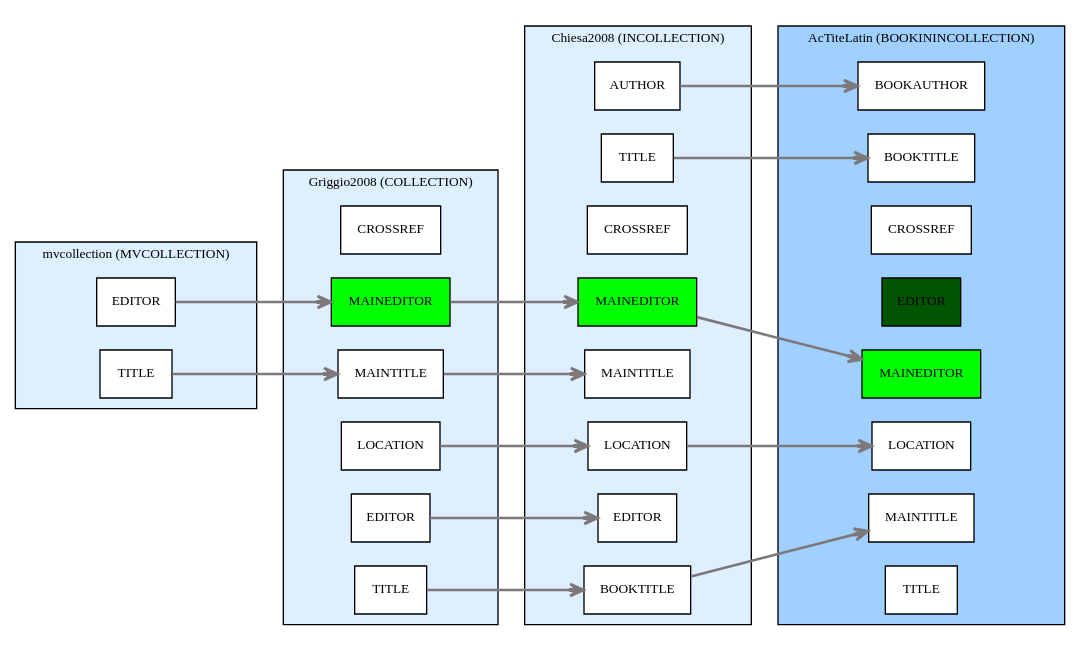
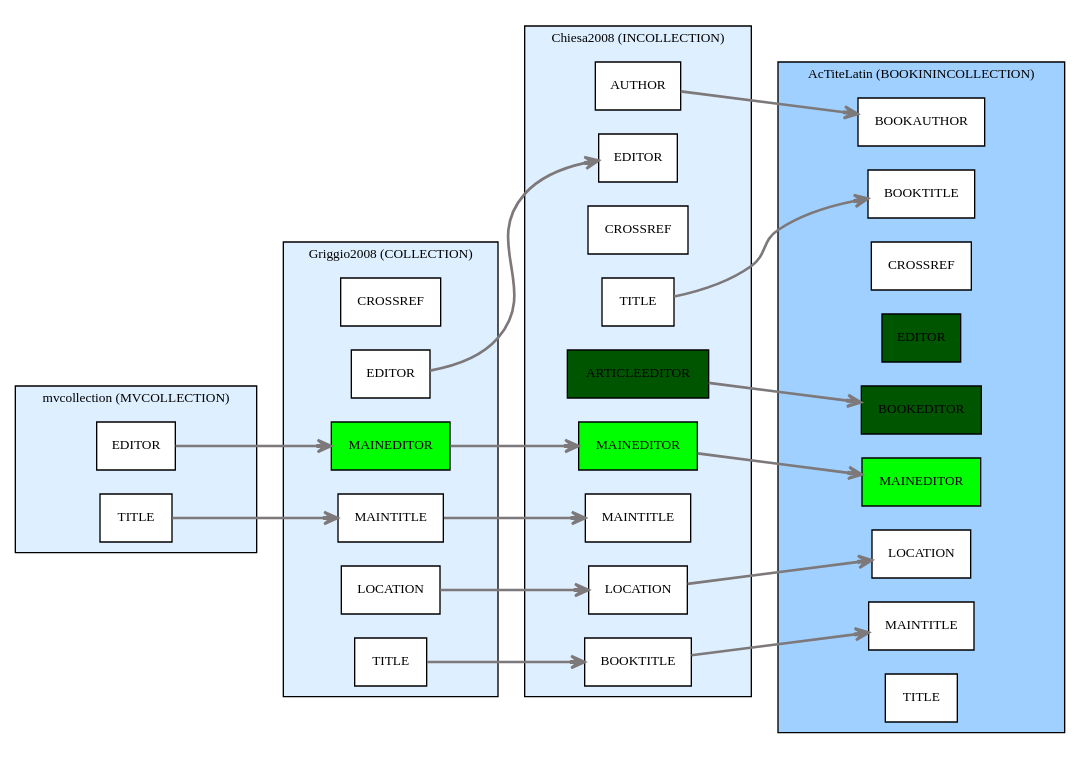
The diagram in collection.dot (maieul/biblatex-bookinarticle), drawn with Graphviz before and after one commit.

Commit message:
le champ articleditor pour l'editeur d'un article

```diff
--- a/collection.dot
+++ b/collection.dot
@@ -1,82 +1,85 @@
 digraph Biberdata {
   compound = true;
   edge [ arrowhead=open ];
   graph [ style=filled, rankdir=LR ];
   node [
     fontsize=10,
     fillcolor=white,
     style=filled,
     shape=box ];
 
   subgraph "cluster_section0/AcTiteLatin" {
     fontsize="10";
     label="AcTiteLatin (BOOKININCOLLECTION)";
     tooltip="AcTiteLatin (BOOKININCOLLECTION)";
     fillcolor="#a0d0ff";
 
     "section0/AcTiteLatin/bookauthor" [ label="BOOKAUTHOR" ]
     "section0/AcTiteLatin/booktitle" [ label="BOOKTITLE" ]
     "section0/AcTiteLatin/crossref" [ label="CROSSREF" ]
     "section0/AcTiteLatin/editor" [fillcolor="#005500", label="EDITOR" ]
+    "section0/AcTiteLatin/bookeditor" [fillcolor="#005500", label="BOOKEDITOR" ]
     "section0/AcTiteLatin/maineditor" [fillcolor="#00ff00", label="MAINEDITOR" ]
     "section0/AcTiteLatin/location" [ label="LOCATION" ]
     "section0/AcTiteLatin/maintitle" [ label="MAINTITLE" ]
     "section0/AcTiteLatin/title" [ label="TITLE" ]
   }
 
   subgraph "cluster_section0/mvcollection" {
     fontsize="10";
     label="mvcollection (MVCOLLECTION)";
     tooltip="mvcollection (MVCOLLECTION)";
     fillcolor="#deefff";
 
     "section0/mvcollection/editor" [ label="EDITOR" ]
     "section0/mvcollection/title" [ label="TITLE" ]
   }
 
   subgraph "cluster_section0/Chiesa2008" {
     fontsize="10";
     label="Chiesa2008 (INCOLLECTION)";
     tooltip="Chiesa2008 (INCOLLECTION)";
     fillcolor="#deefff";
 
     "section0/Chiesa2008/author" [ label="AUTHOR" ]
     "section0/Chiesa2008/booktitle" [ label="BOOKTITLE" ]
     "section0/Chiesa2008/crossref" [ label="CROSSREF" ]
     "section0/Chiesa2008/editor" [ label="EDITOR" ]
+    "section0/Chiesa2008/articleeditor" [fillcolor="#005500", label="ARTICLEEDITOR" ]
     "section0/Chiesa2008/maineditor" [fillcolor="#00ff00", label="MAINEDITOR" ]
     "section0/Chiesa2008/location" [ label="LOCATION" ]
     "section0/Chiesa2008/maintitle" [ label="MAINTITLE" ]
     "section0/Chiesa2008/title" [ label="TITLE" ]
   }
 
   subgraph "cluster_section0/Griggio2008" {
     fontsize="10";
     label="Griggio2008 (COLLECTION)";
     tooltip="Griggio2008 (COLLECTION)";
     fillcolor="#deefff";
 
     "section0/Griggio2008/crossref" [ label="CROSSREF" ]
     "section0/Griggio2008/editor" [ label="EDITOR" ]
     "section0/Griggio2008/maineditor" [fillcolor="#00ff00", label="MAINEDITOR" ]
     "section0/Griggio2008/location" [ label="LOCATION" ]
     "section0/Griggio2008/maintitle" [ label="MAINTITLE" ]
     "section0/Griggio2008/title" [ label="TITLE" ]
   }
 
 
 
   "section0/mvcollection/title" -> "section0/Griggio2008/maintitle" [ penwidth="2.0", color="#7d7879", tooltip="Griggio2008/MAINTITLE inherited via CROSSREF from mvcollection/TITLE" ]
   "section0/mvcollection/editor" -> "section0/Griggio2008/maineditor" [ penwidth="2.0", color="#7d7879", tooltip="Griggio2008/MAINEDITOR inherited via CROSSREF from mvcollection/EDITOR" ]
   "section0/Chiesa2008/booktitle" -> "section0/AcTiteLatin/maintitle" [ penwidth="2.0", color="#7d7879", tooltip="AcTiteLatin/MAINTITLE inherited via CROSSREF from Chiesa2008/BOOKTITLE" ]
   "section0/Chiesa2008/maineditor" -> "section0/AcTiteLatin/maineditor" [ penwidth="2.0", color="#7d7879", tooltip="AcTiteLatin/MAINEDITOR inherited via CROSSREF from Chiesa2008/MAINEDITOR" ]
+  "section0/Chiesa2008/articleeditor" -> "section0/AcTiteLatin/bookeditor" [ penwidth="2.0", color="#7d7879", tooltip="AcTiteLatin/BOOKEDITOR inherited via CROSSREF from Chiesa2008/ARTICLEEDITOR" ]
   "section0/Chiesa2008/author" -> "section0/AcTiteLatin/bookauthor" [ penwidth="2.0", color="#7d7879", tooltip="AcTiteLatin/BOOKAUTHOR inherited via CROSSREF from Chiesa2008/AUTHOR" ]
   "section0/Chiesa2008/location" -> "section0/AcTiteLatin/location" [ penwidth="2.0", color="#7d7879", tooltip="AcTiteLatin/LOCATION inherited via CROSSREF from Chiesa2008/LOCATION" ]
   "section0/Chiesa2008/title" -> "section0/AcTiteLatin/booktitle" [ penwidth="2.0", color="#7d7879", tooltip="AcTiteLatin/BOOKTITLE inherited via CROSSREF from Chiesa2008/TITLE" ]
   "section0/Griggio2008/editor" -> "section0/Chiesa2008/editor" [ penwidth="2.0", color="#7d7879", tooltip="Chiesa2008/EDITOR inherited via CROSSREF from Griggio2008/EDITOR" ]
   "section0/Griggio2008/maineditor" -> "section0/Chiesa2008/maineditor" [ penwidth="2.0", color="#7d7879", tooltip="Chiesa2008/MAINEDITOR inherited via CROSSREF from Griggio2008/MAINEDITOR" ]
   "section0/Griggio2008/title" -> "section0/Chiesa2008/booktitle" [ penwidth="2.0", color="#7d7879", tooltip="Chiesa2008/BOOKTITLE inherited via CROSSREF from Griggio2008/TITLE" ]
   "section0/Griggio2008/location" -> "section0/Chiesa2008/location" [ penwidth="2.0", color="#7d7879", tooltip="Chiesa2008/LOCATION inherited via CROSSREF from Griggio2008/LOCATION" ]
   "section0/Griggio2008/maintitle" -> "section0/Chiesa2008/maintitle" [ penwidth="2.0", color="#7d7879", tooltip="Chiesa2008/MAINTITLE inherited via CROSSREF from Griggio2008/MAINTITLE" ]
 
 }
```
